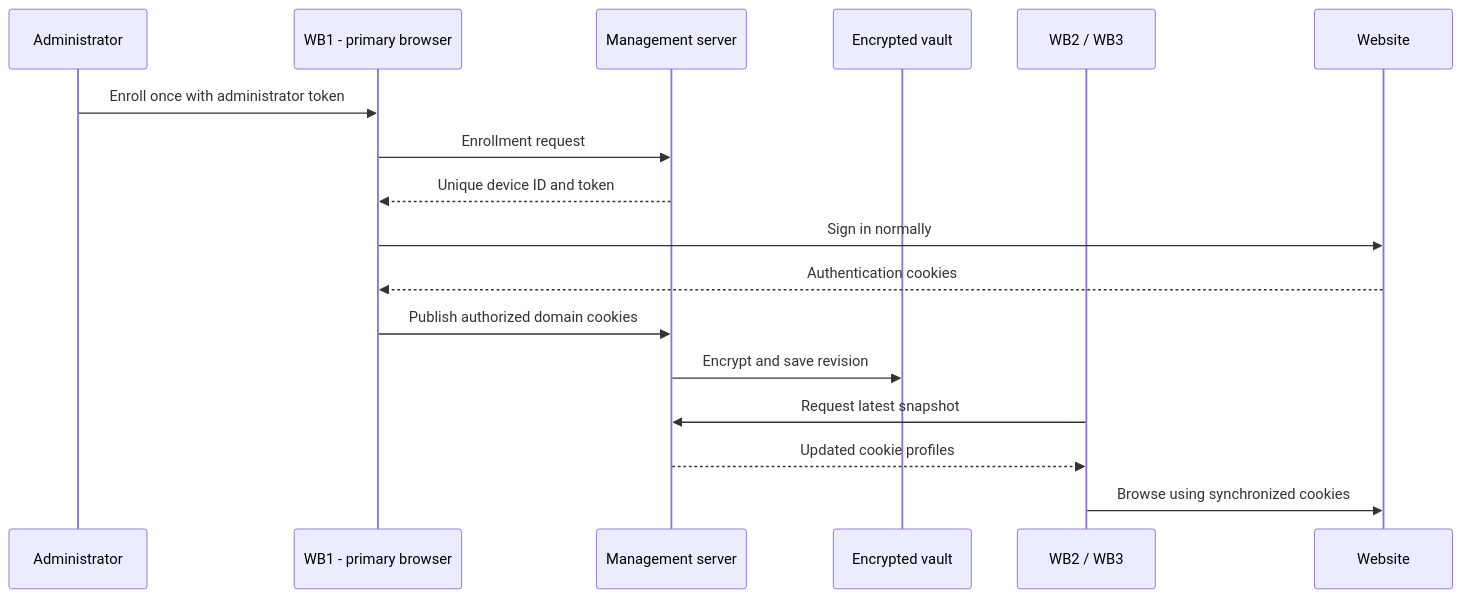
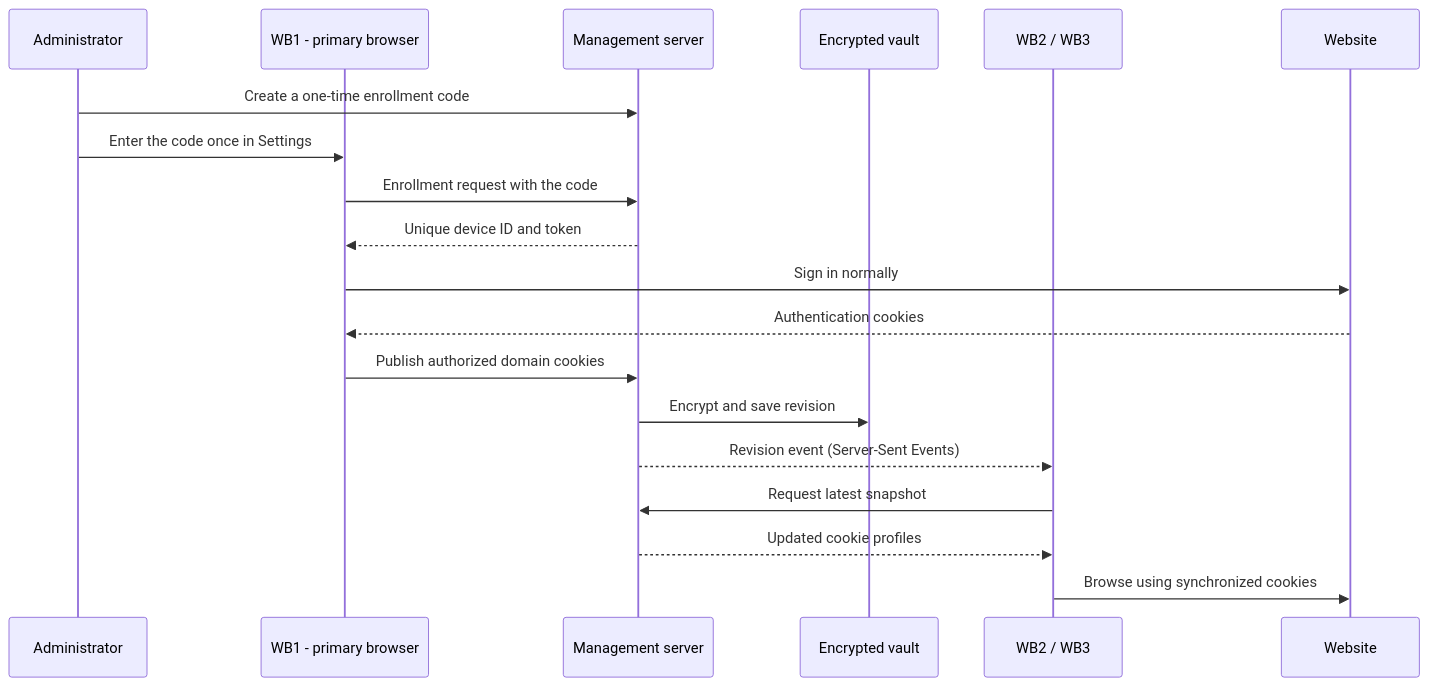
The second of 2 diagrams in README.md (un4ckn0wl3z/Shared-Browser-Server), drawn with Mermaid before and after one commit. The commit also changed other lines of this file, not shown here.

````diff
--- a/README.md
+++ b/README.md
@@ -36,20 +36,22 @@
 ```mermaid
 sequenceDiagram
     participant Admin as Administrator
     participant Primary as WB1 - primary browser
     participant Server as Management server
     participant Vault as Encrypted vault
     participant Secondary as WB2 / WB3
     participant Site as Website
 
-    Admin->>Primary: Enroll once with administrator token
-    Primary->>Server: Enrollment request
+    Admin->>Server: Create a one-time enrollment code
+    Admin->>Primary: Enter the code once in Settings
+    Primary->>Server: Enrollment request with the code
     Server-->>Primary: Unique device ID and token
     Primary->>Site: Sign in normally
     Site-->>Primary: Authentication cookies
     Primary->>Server: Publish authorized domain cookies
     Server->>Vault: Encrypt and save revision
+    Server-->>Secondary: Revision event (Server-Sent Events)
     Secondary->>Server: Request latest snapshot
     Server-->>Secondary: Updated cookie profiles
     Secondary->>Site: Browse using synchronized cookies
 ```
````
